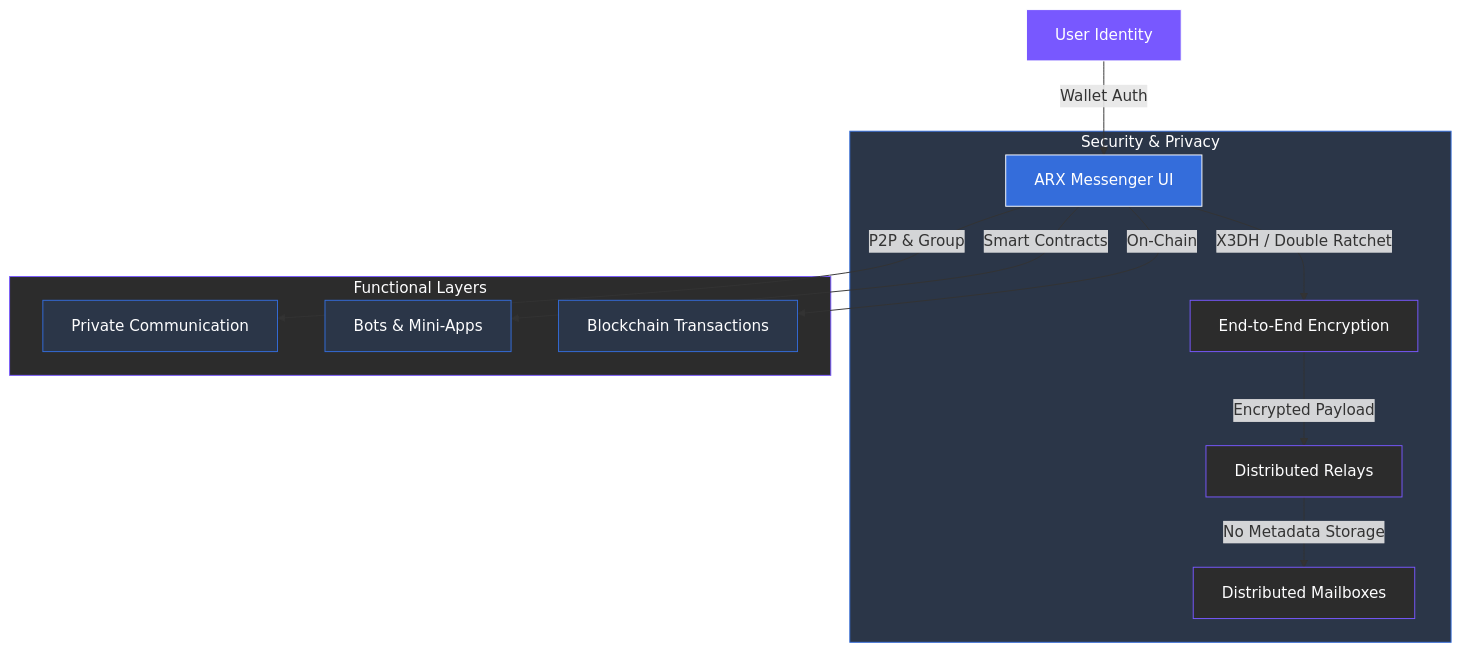
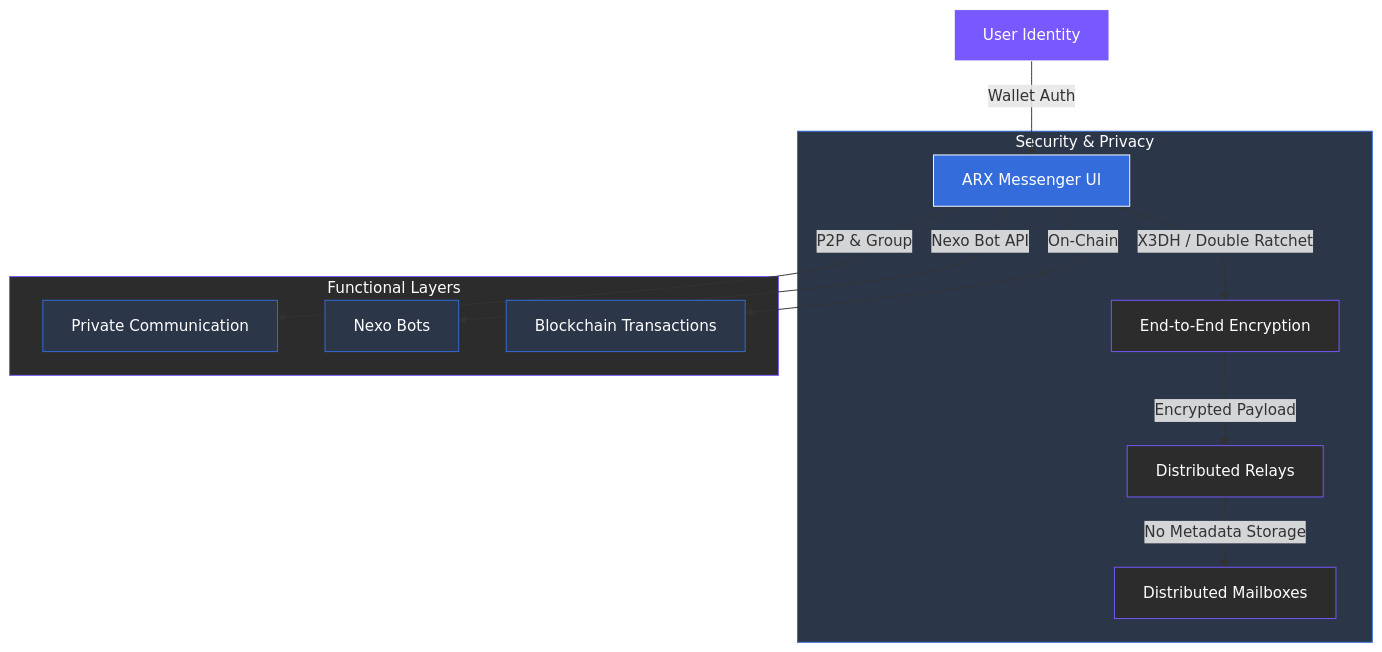
One commit to unusnullus/docs-xmtp-org changed the diagram in gitbook/home/4-product-overview/4.1-communication-arx-messenger.md. Above: the diagram before and after it, drawn with Mermaid. The commit also changed other lines of this file and 4 other files, not shown here.

First line of the commit message:
docs: align Home pages with the Nexo bot developer docs

````diff
--- a/gitbook/home/4-product-overview/4.1-communication-arx-messenger.md
+++ b/gitbook/home/4-product-overview/4.1-communication-arx-messenger.md
@@ -21,35 +21,35 @@
 ```mermaid
 graph TD
     %% Global Styling
     accTitle: ARX Messenger Architecture
     accDescr: Visualizing the security and integration layers of the ARX Messenger.
 
     USER[User Identity] -->|Wallet Auth| APP[ARX Messenger UI]
 
     subgraph Security ["Security & Privacy"]
         APP -->|X3DH / Double Ratchet| E2EE[End-to-End Encryption]
         E2EE -->|Encrypted Payload| RELAY[Distributed Relays]
         RELAY -->|No Metadata Storage| BOX[Distributed Mailboxes]
     end
 
     subgraph Functionality ["Functional Layers"]
         APP -->|P2P & Group| CHAT[Private Communication]
-        APP -->|Smart Contracts| BOTS[Bots & Mini-Apps]
+        APP -->|Nexo Bot API| BOTS[Nexo Bots]
         APP -->|On-Chain| TX[Blockchain Transactions]
     end
 
     %% Apply Brand Palette
     style USER fill:#7858ff,stroke:#fefeff,color:#fefeff
     style APP fill:#346ddb,stroke:#fefeff,color:#fefeff
     
     style Security fill:#2B3648,stroke:#346ddb,color:#fefeff
     style Functionality fill:#2c2c2c,stroke:#7858ff,color:#fefeff
     
     style E2EE fill:#2c2c2c,stroke:#7858ff,color:#fefeff
     style RELAY fill:#2c2c2c,stroke:#7858ff,color:#fefeff
     style BOX fill:#2c2c2c,stroke:#7858ff,color:#fefeff
     
     style CHAT fill:#2B3648,stroke:#346ddb,color:#fefeff
     style BOTS fill:#2B3648,stroke:#346ddb,color:#fefeff
     style TX fill:#2B3648,stroke:#346ddb,color:#fefeff
 ```
````
